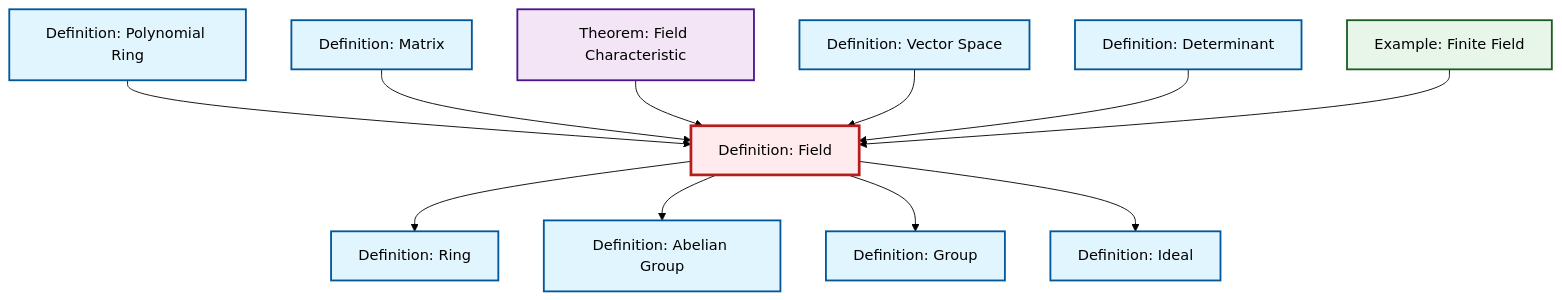
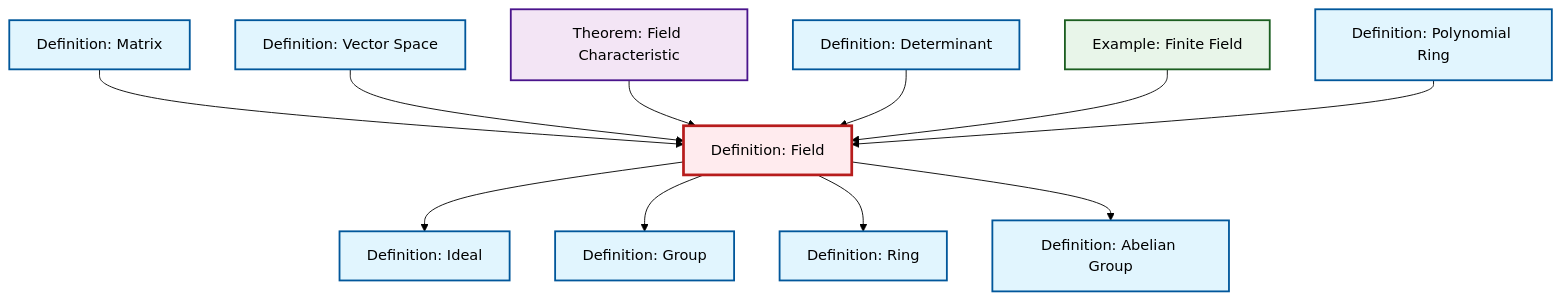
Before and after one commit to RK0429/ModernMath: the diagram in content/en/algebra/def-field.qmd, drawn with Mermaid (forest theme). The commit also changed other lines of this file and 554 other files, not shown here.

````diff
--- a/content/en/algebra/def-field.qmd
+++ b/content/en/algebra/def-field.qmd
@@ -54,41 +54,41 @@
 ```{mermaid}
 %%| fig-cap: "Local dependency graph"
 graph TD
     classDef definition fill:#e1f5fe,stroke:#01579b,stroke-width:2px
     classDef theorem fill:#f3e5f5,stroke:#4a148c,stroke-width:2px
     classDef axiom fill:#fff3e0,stroke:#e65100,stroke-width:2px
     classDef example fill:#e8f5e9,stroke:#1b5e20,stroke-width:2px
     classDef current fill:#ffebee,stroke:#b71c1c,stroke-width:3px
+    def-field["Definition: Field"]:::definition
+    def-ring["Definition: Ring"]:::definition
+    ex-finite-field["Example: Finite Field"]:::example
+    def-vector-space["Definition: Vector Space"]:::definition
     def-ideal["Definition: Ideal"]:::definition
+    thm-field-characteristic["Theorem: Field Characteristic"]:::theorem
     def-abelian-group["Definition: Abelian Group"]:::definition
-    ex-finite-field["Example: Finite Field"]:::example
-    def-field["Definition: Field"]:::definition
+    def-polynomial-ring["Definition: Polynomial Ring"]:::definition
+    def-group["Definition: Group"]:::definition
+    def-matrix["Definition: Matrix"]:::definition
     def-determinant["Definition: Determinant"]:::definition
-    def-group["Definition: Group"]:::definition
-    thm-field-characteristic["Theorem: Field Characteristic"]:::theorem
-    def-vector-space["Definition: Vector Space"]:::definition
-    def-matrix["Definition: Matrix"]:::definition
-    def-ring["Definition: Ring"]:::definition
-    def-polynomial-ring["Definition: Polynomial Ring"]:::definition
+    def-matrix --> def-field
+    def-vector-space --> def-field
+    thm-field-characteristic --> def-field
+    def-determinant --> def-field
+    def-field --> def-ideal
+    def-field --> def-group
+    ex-finite-field --> def-field
     def-field --> def-ring
+    def-field --> def-abelian-group
     def-polynomial-ring --> def-field
-    def-matrix --> def-field
-    thm-field-characteristic --> def-field
-    def-field --> def-abelian-group
-    def-vector-space --> def-field
-    def-determinant --> def-field
-    def-field --> def-group
-    def-field --> def-ideal
-    ex-finite-field --> def-field
     class def-field current
+    click def-ring "def-ring.html" "Go to Ring definition"
+    click ex-finite-field "ex-finite-field.html" "Go to Finite Field example"
+    click def-vector-space "def-vector-space.html" "Go to Vector Space definition"
     click def-ideal "def-ideal.html" "Go to Ideal definition"
+    click thm-field-characteristic "thm-field-characteristic.html" "Go to Field Characteristic theorem"
     click def-abelian-group "def-abelian-group.html" "Go to Abelian Group definition"
-    click ex-finite-field "ex-finite-field.html" "Go to Finite Field example"
+    click def-polynomial-ring "def-polynomial-ring.html" "Go to Polynomial Ring definition"
+    click def-group "def-group.html" "Go to Group definition"
+    click def-matrix "def-matrix.html" "Go to Matrix definition"
     click def-determinant "def-determinant.html" "Go to Determinant definition"
-    click def-group "def-group.html" "Go to Group definition"
-    click thm-field-characteristic "thm-field-characteristic.html" "Go to Field Characteristic theorem"
-    click def-vector-space "def-vector-space.html" "Go to Vector Space definition"
-    click def-matrix "def-matrix.html" "Go to Matrix definition"
-    click def-ring "def-ring.html" "Go to Ring definition"
-    click def-polynomial-ring "def-polynomial-ring.html" "Go to Polynomial Ring definition"
 ```
````
